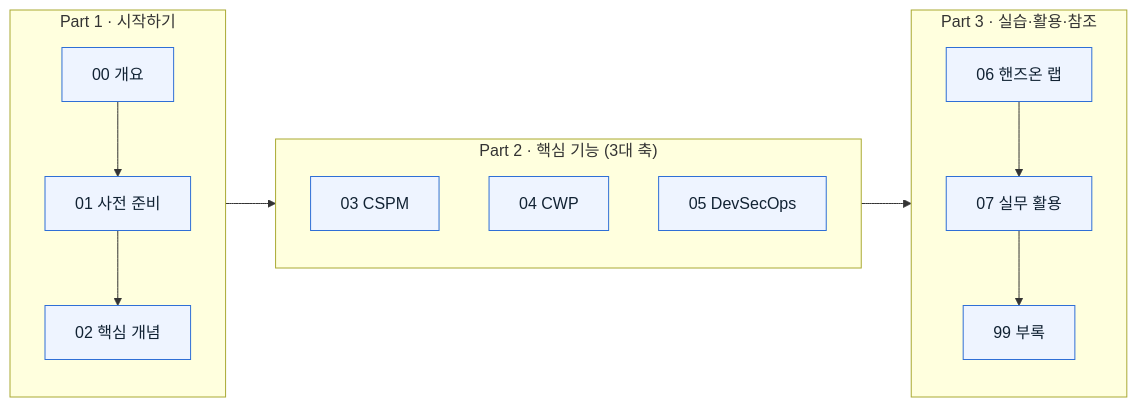
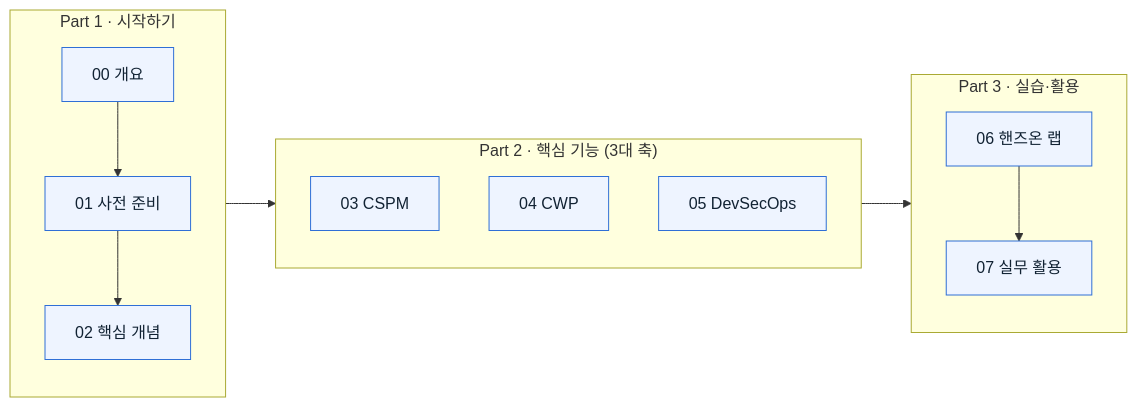
One commit to akimcse/defender-for-cloud-guide-kr changed the diagram in README.md. Above: the diagram before and after it, drawn with Mermaid. The commit also changed other lines of this file and 11 other files, not shown here.

Commit message:
Part 2(03 CSPM/04 CWP/05 DevSecOps) 추가, 다크모드 및 사이드바/헤더/검색 UI 개선, 부록 제거·문서 정리

````diff
--- a/README.md
+++ b/README.md
@@ -29,22 +29,27 @@
 ```mermaid
 flowchart LR
     subgraph P1["Part 1 · 시작하기"]
         A0["00 개요"] --> A1["01 사전 준비"] --> A2["02 핵심 개념"]
     end
     subgraph P2["Part 2 · 핵심 기능 (3대 축)"]
         B3["03 CSPM"]
         B4["04 CWP"]
         B5["05 DevSecOps"]
     end
-    subgraph P3["Part 3 · 실습·활용·참조"]
-        C6["06 핸즈온 랩"] --> C7["07 실무 활용"] --> C99["99 부록"]
+    subgraph P3["Part 3 · 실습·활용"]
+        C6["06 핸즈온 랩"] --> C7["07 실무 활용"]
     end
     P1 --> P2 --> P3
 
     click A0 "./00-overview.md" "00 개요"
     click A1 "./01-prerequisites.md" "01 사전 준비"
     click A2 "./02-concepts.md" "02 핵심 개념"
+    click B3 "./03-cspm.md" "03 CSPM"
+    click B4 "./04-cwp.md" "04 CWP"
+    click B5 "./05-devsecops.md" "05 DevSecOps"
+    click C6 "./06-handson-lab.md" "06 핸즈온 랩"
+    click C7 "./07-use-cases.md" "07 실무 활용"
 
     classDef node fill:#eef4ff,stroke:#2f6fd6,color:#123,stroke-width:1px;
-    class A0,A1,A2,B3,B4,B5,C6,C7,C99 node;
+    class A0,A1,A2,B3,B4,B5,C6,C7 node;
 ```
````
